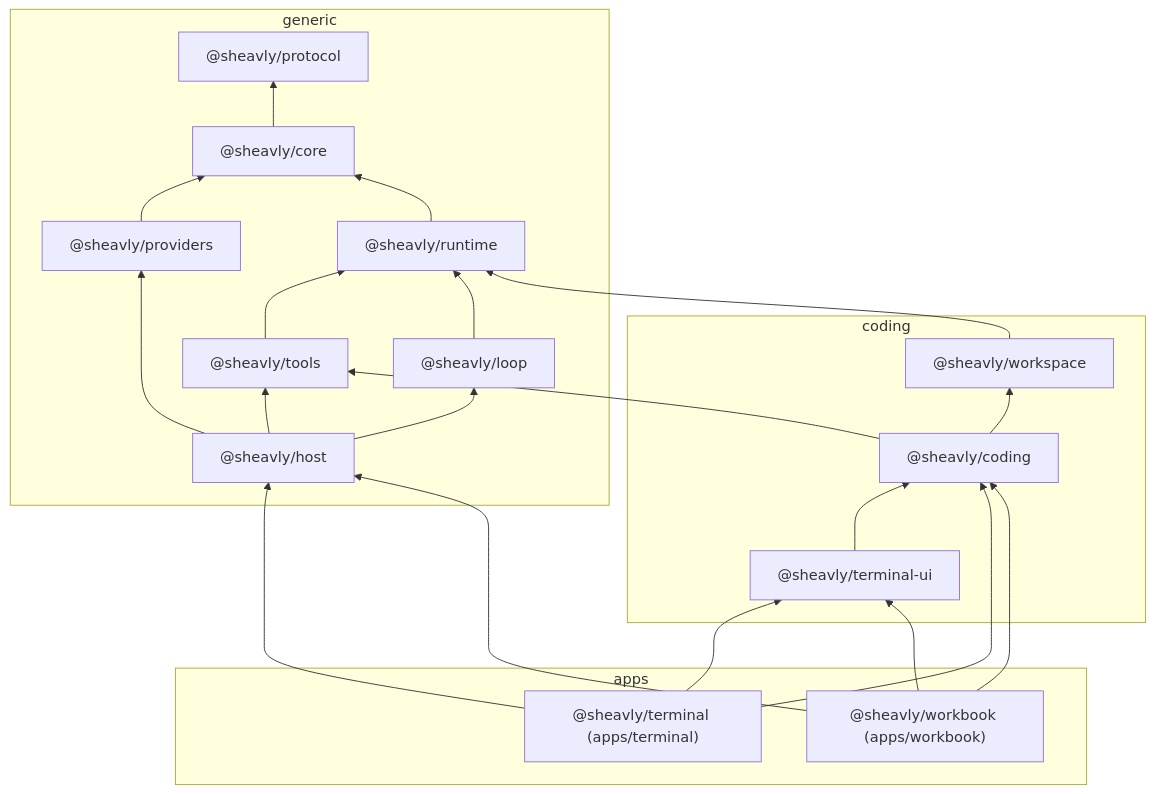
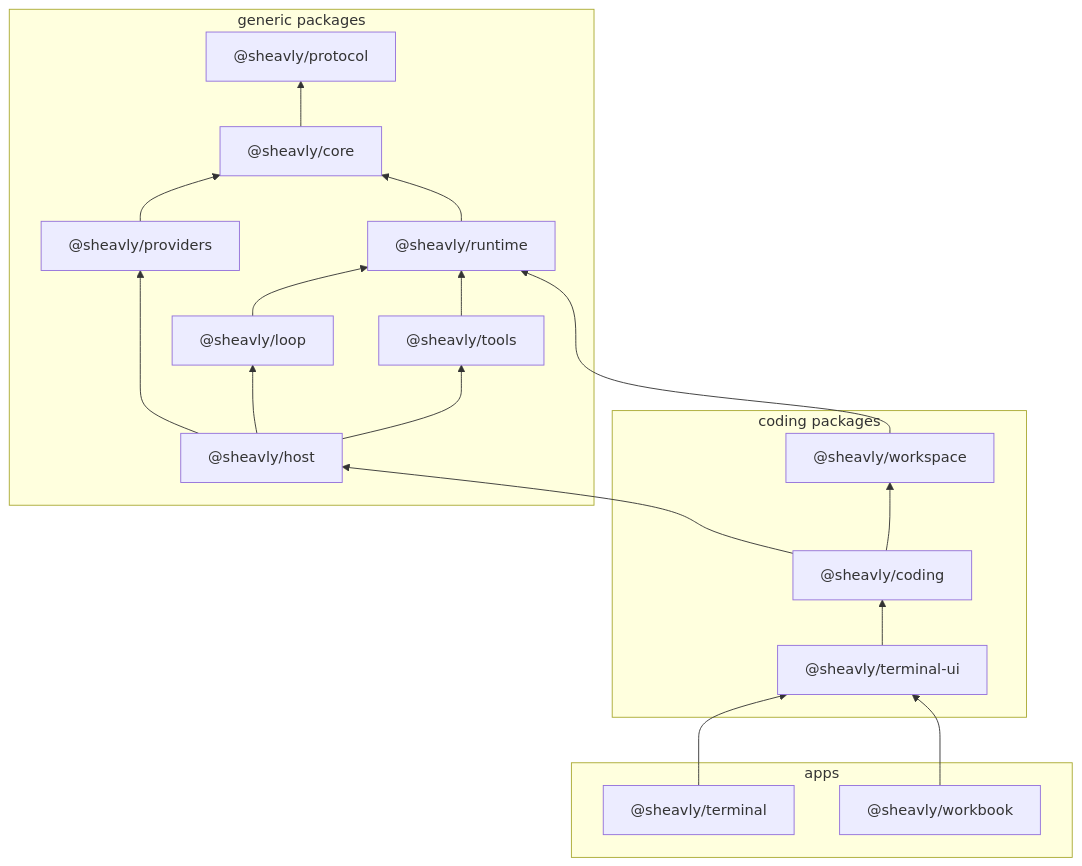
The diagram in docs/overview.md (Sheavly/code), drawn with Mermaid before and after one commit. The commit also changed other lines of this file and 86 other files, not shown here.

````diff
--- a/docs/overview.md
+++ b/docs/overview.md
@@ -35,32 +35,35 @@
 ```mermaid
 flowchart BT
-  subgraph generic
+  subgraph group_generic ["generic packages"]
+    core["@sheavly/core"]
+    host["@sheavly/host"]
+    loop["@sheavly/loop"]
     protocol["@sheavly/protocol"]
-    core["@sheavly/core"]
     providers["@sheavly/providers"]
     runtime["@sheavly/runtime"]
     tools["@sheavly/tools"]
-    loop["@sheavly/loop"]
-    host["@sheavly/host"]
   end
-  subgraph coding
+  subgraph group_coding ["coding packages"]
+    coding["@sheavly/coding"]
+    terminal_ui["@sheavly/terminal-ui"]
     workspace["@sheavly/workspace"]
-    codingPkg["@sheavly/coding"]
-    terminalUi["@sheavly/terminal-ui"]
   end
-  subgraph apps
-    terminal["@sheavly/terminal (apps/terminal)"]
-    workbook["@sheavly/workbook (apps/workbook)"]
+  subgraph group_apps ["apps"]
+    terminal["@sheavly/terminal"]
+    workbook["@sheavly/workbook"]
   end
+  coding --> host
+  coding --> workspace
   core --> protocol
+  host --> loop
+  host --> providers
+  host --> tools
+  loop --> runtime
   providers --> core
   runtime --> core
+  terminal --> terminal_ui
+  terminal_ui --> coding
   tools --> runtime
-  loop --> runtime
-  host --> loop & tools & providers
+  workbook --> terminal_ui
   workspace --> runtime
-  codingPkg --> workspace & tools
-  terminalUi --> codingPkg
-  terminal --> host & codingPkg & terminalUi
-  workbook --> host & codingPkg & terminalUi
 ```
````
